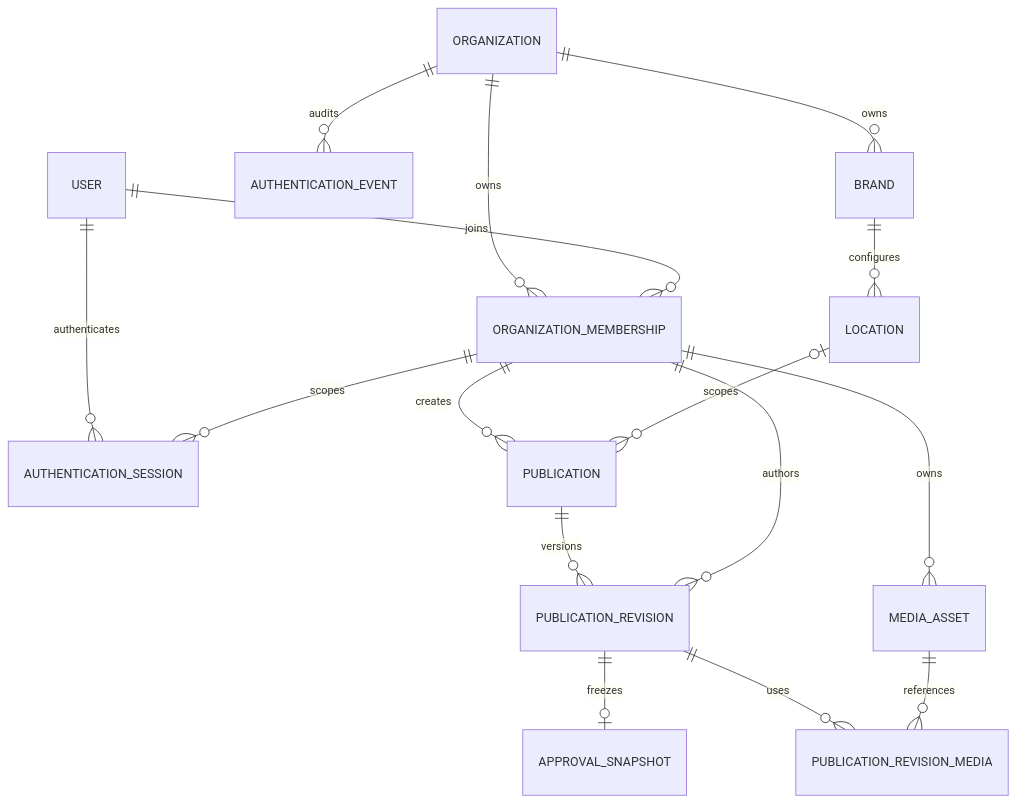
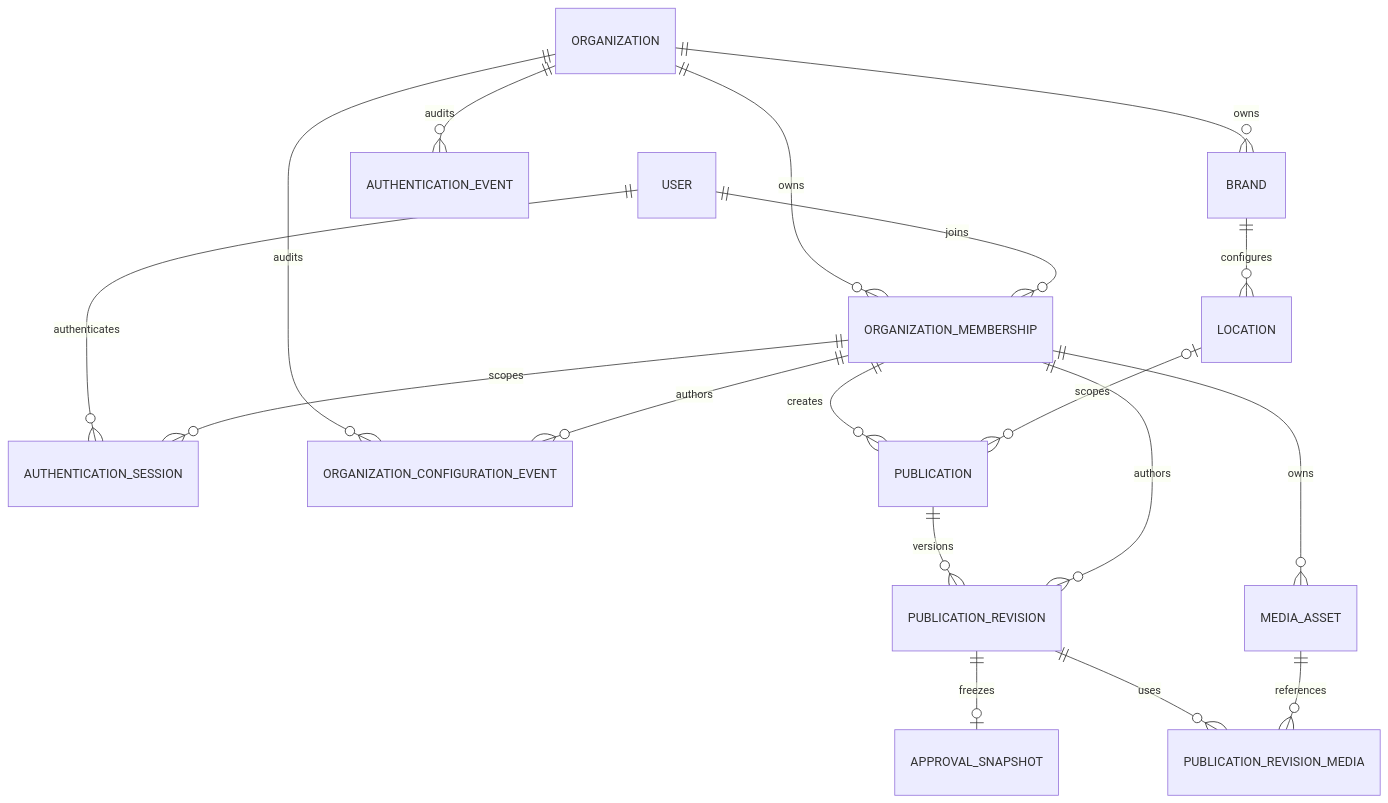
One commit to MaxiAramayo/ferreteria-generador-meta-ia changed the diagram in infrastructure/database/README.md. Above: the diagram before and after it, drawn with Mermaid. The commit also changed other lines of this file and 39 other files, not shown here.

Commit message:
feat: manage organization configuration

````diff
--- a/infrastructure/database/README.md
+++ b/infrastructure/database/README.md
@@ -10,18 +10,20 @@
 ```mermaid
 erDiagram
   ORGANIZATION ||--o{ ORGANIZATION_MEMBERSHIP : owns
   USER ||--o{ ORGANIZATION_MEMBERSHIP : joins
   USER ||--o{ AUTHENTICATION_SESSION : authenticates
   ORGANIZATION_MEMBERSHIP ||--o{ AUTHENTICATION_SESSION : scopes
   ORGANIZATION ||--o{ AUTHENTICATION_EVENT : audits
   ORGANIZATION ||--o{ BRAND : owns
   BRAND ||--o{ LOCATION : configures
+  ORGANIZATION ||--o{ ORGANIZATION_CONFIGURATION_EVENT : audits
+  ORGANIZATION_MEMBERSHIP ||--o{ ORGANIZATION_CONFIGURATION_EVENT : authors
   ORGANIZATION_MEMBERSHIP ||--o{ PUBLICATION : creates
   LOCATION o|--o{ PUBLICATION : scopes
   PUBLICATION ||--o{ PUBLICATION_REVISION : versions
   ORGANIZATION_MEMBERSHIP ||--o{ PUBLICATION_REVISION : authors
   PUBLICATION_REVISION ||--o| APPROVAL_SNAPSHOT : freezes
   ORGANIZATION_MEMBERSHIP ||--o{ MEDIA_ASSET : owns
   PUBLICATION_REVISION ||--o{ PUBLICATION_REVISION_MEDIA : uses
   MEDIA_ASSET ||--o{ PUBLICATION_REVISION_MEDIA : references
 ```
````
